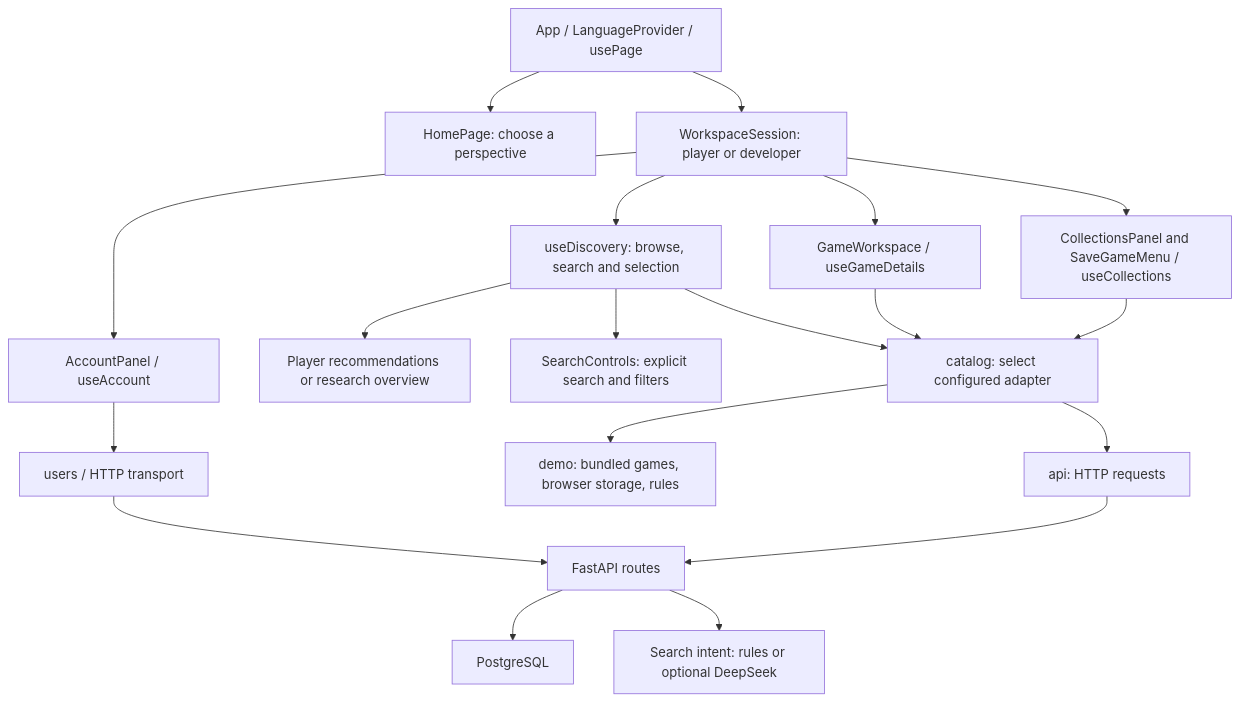
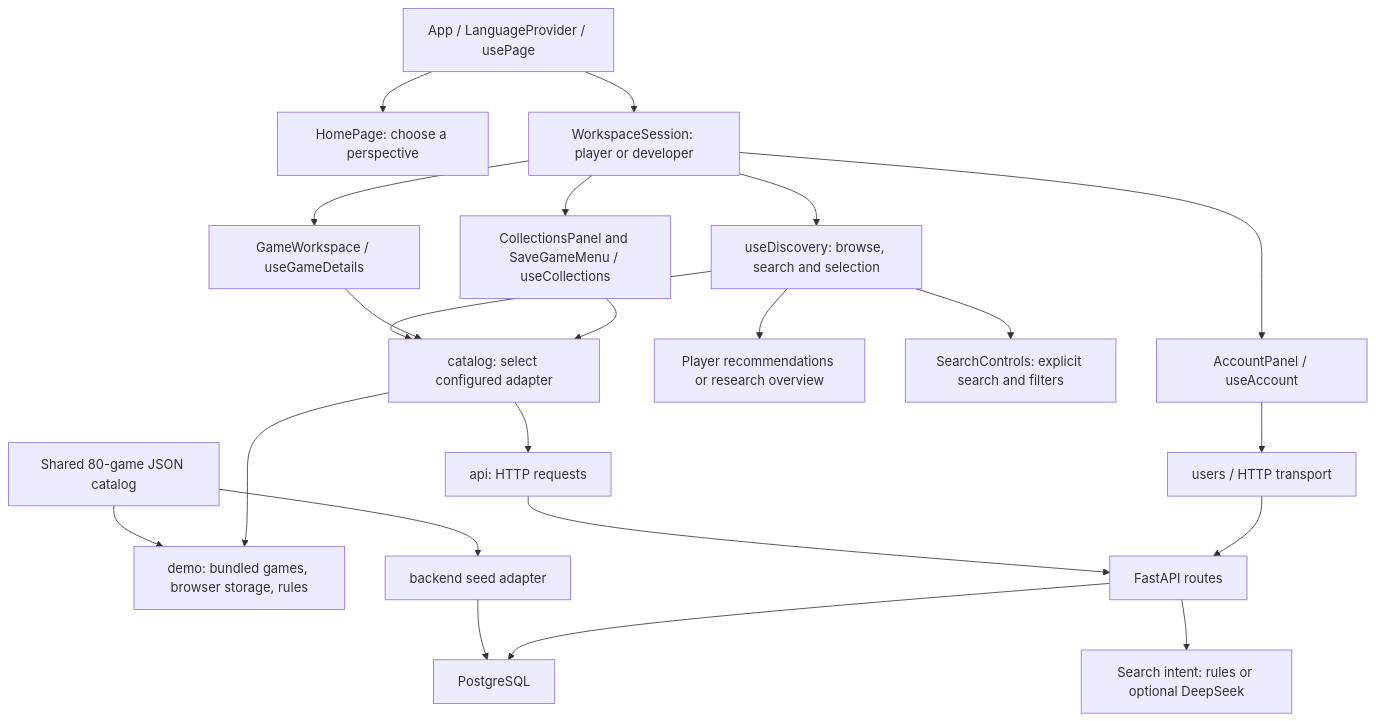
One commit to ZedekiahS/ArcadeIQ changed the diagram in docs/architecture.md. Above: the diagram before and after it, drawn with Mermaid. The commit also changed other lines of this file and 78 other files, not shown here.

Commit message:
Expand demo catalog to 80 games

````diff
--- a/docs/architecture.md
+++ b/docs/architecture.md
@@ -7,21 +7,24 @@
 ```mermaid
 flowchart TD
     App[App / LanguageProvider / usePage] --> Home[HomePage: choose a perspective]
     App --> Workspace[WorkspaceSession: player or developer]
     Workspace --> Account[AccountPanel / useAccount]
     Workspace --> Discovery[useDiscovery: browse, search and selection]
     Discovery --> Browse[Player recommendations or research overview]
     Discovery --> Search[SearchControls: explicit search and filters]
     Workspace --> Details[GameWorkspace / useGameDetails]
     Workspace --> Collections[CollectionsPanel and SaveGameMenu / useCollections]
     Account --> Users[users / HTTP transport]
     Discovery --> Catalog[catalog: select configured adapter]
     Details --> Catalog
     Collections --> Catalog
-    Catalog --> Demo[demo: bundled games, browser storage, rules]
+    SharedCatalog[Shared 80-game JSON catalog] --> Demo[demo: bundled games, browser storage, rules]
+    SharedCatalog --> Seed[backend seed adapter]
+    Seed --> Database
+    Catalog --> Demo
     Catalog --> API[api: HTTP requests]
     API --> FastAPI[FastAPI routes]
     Users --> FastAPI
     FastAPI --> Database[PostgreSQL]
     FastAPI --> AI[Search intent: rules or optional DeepSeek]
 ```
````
